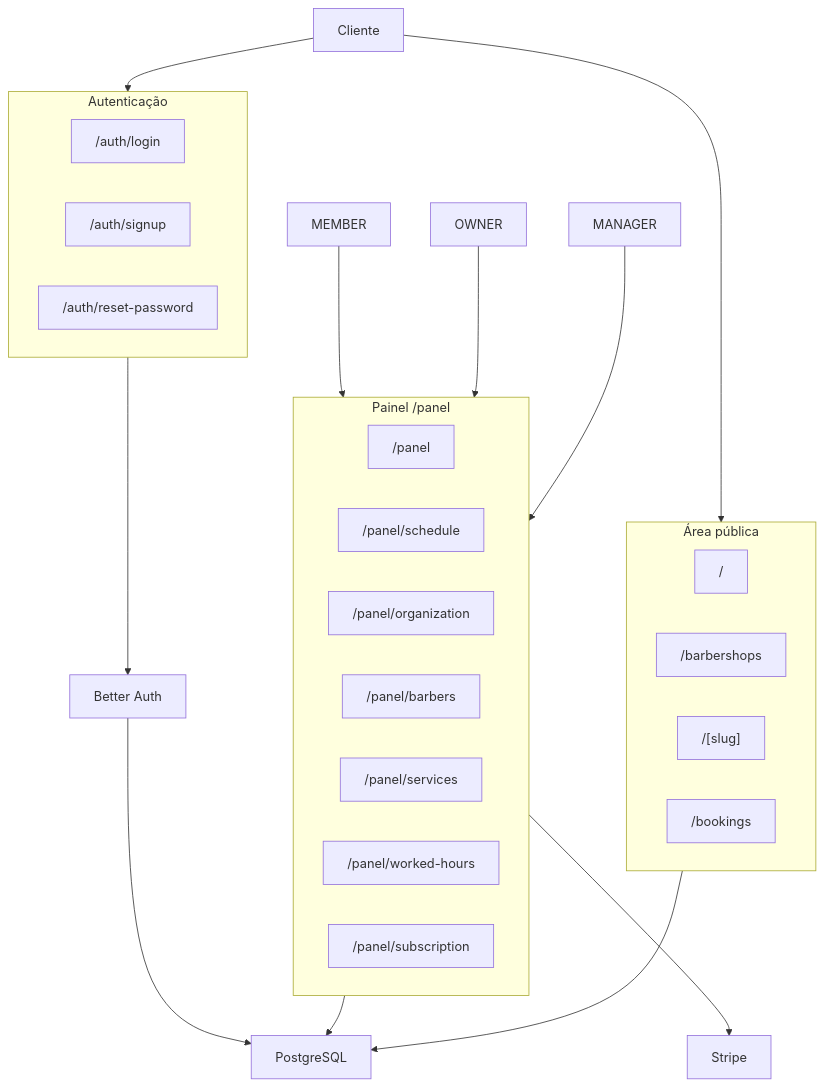
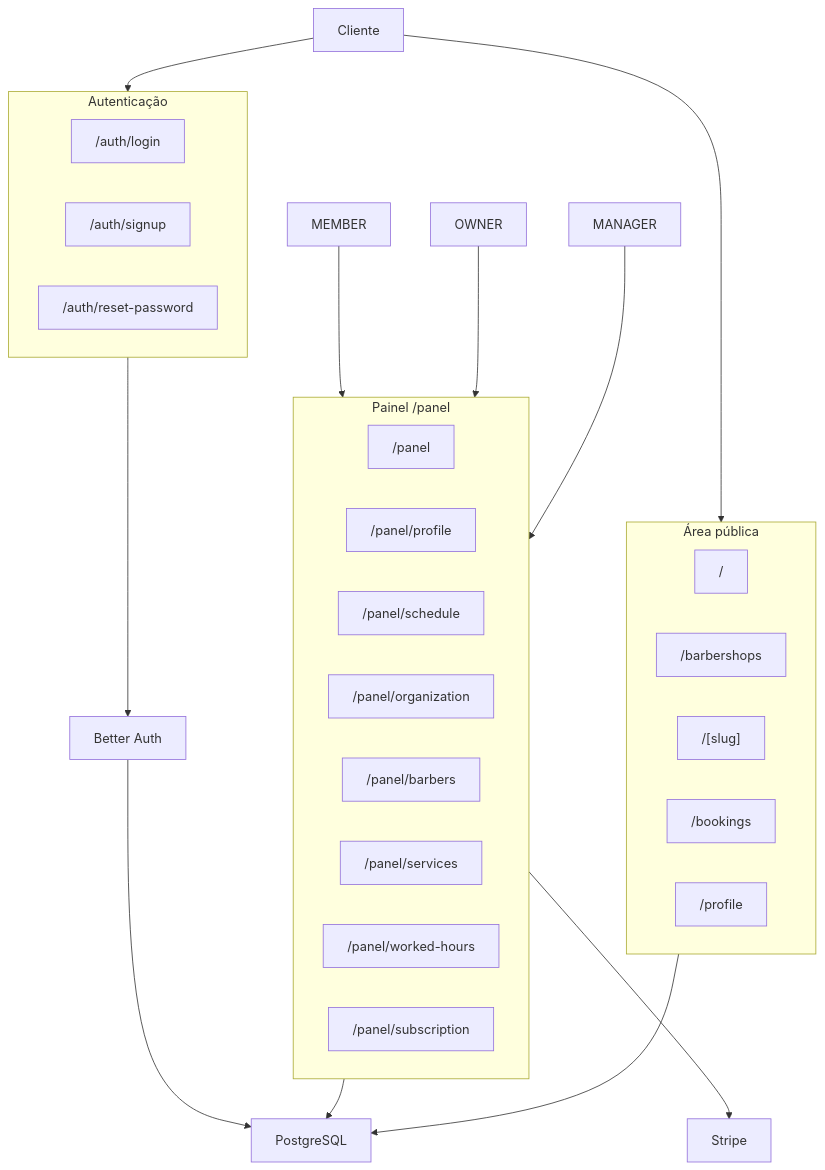
One commit to ArielVinis/france-barbershop changed the diagram in README.md. Above: the diagram before and after it, drawn with Mermaid. The commit also changed other lines of this file, not shown here.

````diff
--- a/README.md
+++ b/README.md
@@ -55,36 +56,38 @@
 ```mermaid
 flowchart TB
   subgraph publico [Área pública]
     Home["/"]
     Lista["/barbershops"]
     Slug["/[slug]"]
     Bookings["/bookings"]
+    Profile["/profile"]
   end
 
   subgraph auth [Autenticação]
     Login["/auth/login"]
     Signup["/auth/signup"]
     Reset["/auth/reset-password"]
   end
 
   subgraph panel [Painel /panel]
     Dashboard["/panel"]
+    ProfilePanel["/panel/profile"]
     Schedule["/panel/schedule"]
     Org["/panel/organization"]
     Barbers["/panel/barbers"]
     Services["/panel/services"]
     Hours["/panel/worked-hours"]
     Sub["/panel/subscription"]
   end
 
   Cliente --> publico
   Cliente --> auth
   MEMBER --> panel
   OWNER --> panel
   MANAGER --> panel
   panel --> Stripe
   auth --> BetterAuth[Better Auth]
   BetterAuth --> PostgreSQL
   panel --> PostgreSQL
   publico --> PostgreSQL
 ```
````
